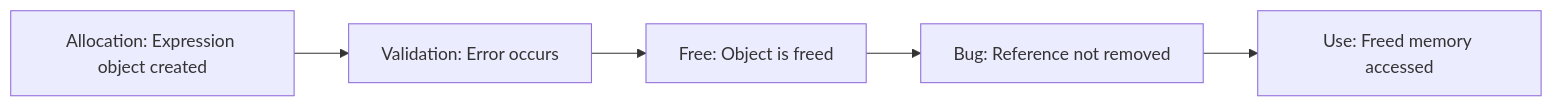
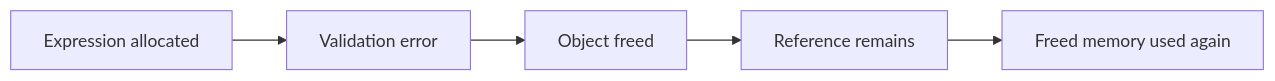
Before and after one commit to pullsec/hugo-content: the third of 10 diagrams in cve/kernel/CVE-2022-32250.md, drawn with Mermaid. The commit also changed other lines of this file, not shown here.

````diff
--- a/cve/kernel/CVE-2022-32250.md
+++ b/cve/kernel/CVE-2022-32250.md
@@ -208,8 +151,8 @@
 ```mermaid
 flowchart LR
-    A["Allocation: Expression object created"] 
-        --> B["Validation: Error occurs"]
-        --> C["Free: Object is freed"]
-        --> D["Bug: Reference not removed"]
-        --> E["Use: Freed memory accessed"]
+    A["Expression allocated"] 
+        --> B["Validation error"]
+        --> C["Object freed"]
+        --> D["Reference remains"]
+        --> E["Freed memory used again"]
 ```
````
